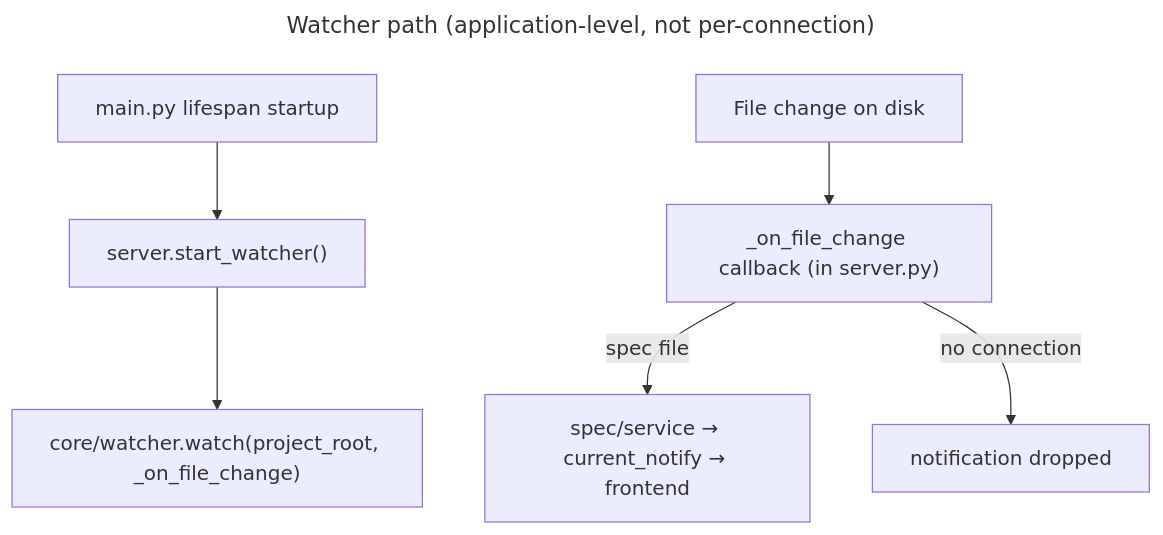
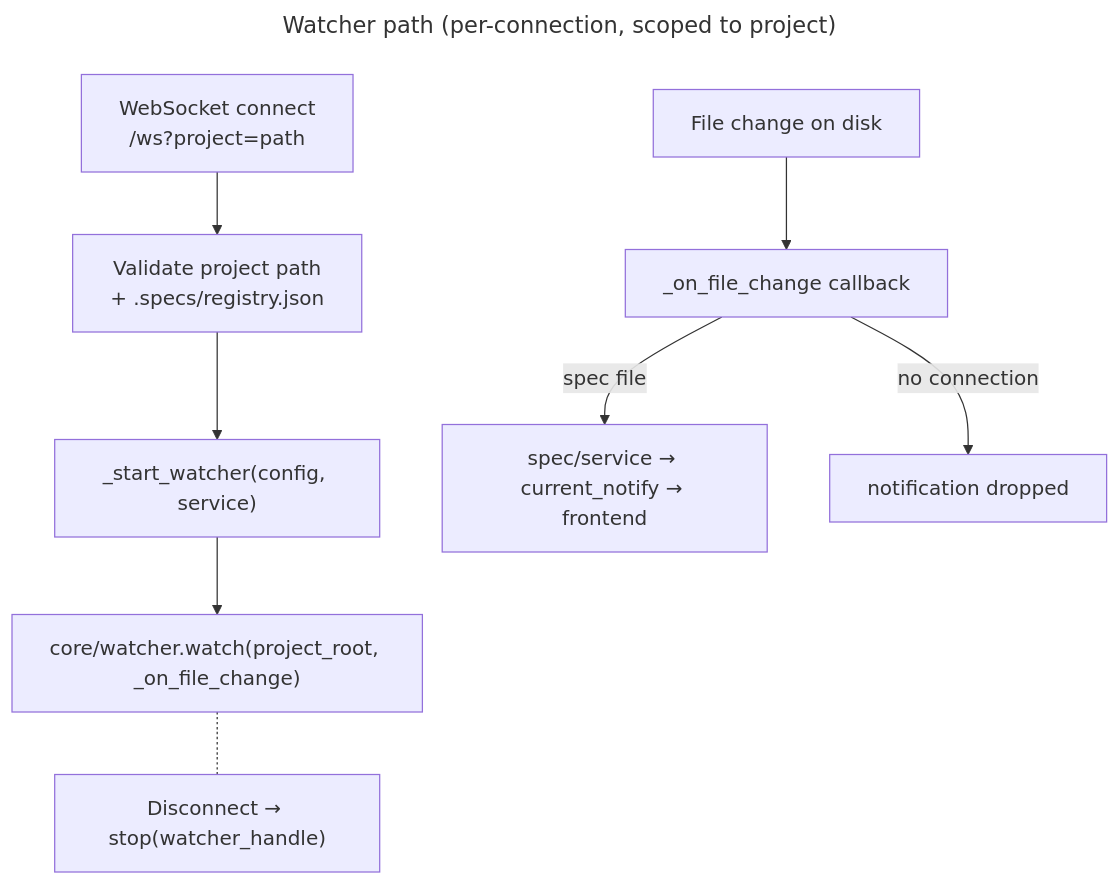
One commit to JetBrains/thinkrail changed the second of 3 diagrams in backend/app/rpc/README.md. Above: the diagram before and after it, drawn with Mermaid. The commit also changed other lines of this file, not shown here.

First line of the commit message:
Update RPC spec for per-connection project selection

````diff
--- a/backend/app/rpc/README.md
+++ b/backend/app/rpc/README.md
@@ -154,18 +154,21 @@
 ```mermaid
 ---
-title: "Watcher path (application-level, not per-connection)"
+title: "Watcher path (per-connection, scoped to project)"
 ---
 graph TD
-    Startup["main.py lifespan startup"]
-    StartW["server.start_watcher()"]
+    Connect["WebSocket connect<br/>/ws?project=path"]
+    Validate["Validate project path<br/>+ .specs/registry.json"]
+    StartW["_start_watcher(config, service)"]
     Watch["core/watcher.watch(project_root, _on_file_change)"]
     Change["File change on disk"]
-    Callback["_on_file_change callback (in server.py)"]
+    Callback["_on_file_change callback"]
     SpecPath["spec/service → current_notify → frontend"]
     Dropped["notification dropped"]
+    StopW["Disconnect → stop(watcher_handle)"]
 
-    Startup --> StartW --> Watch
+    Connect --> Validate --> StartW --> Watch
     Change --> Callback
     Callback -- "spec file" --> SpecPath
     Callback -- "no connection" --> Dropped
+    Watch -.- StopW
 ```
````
